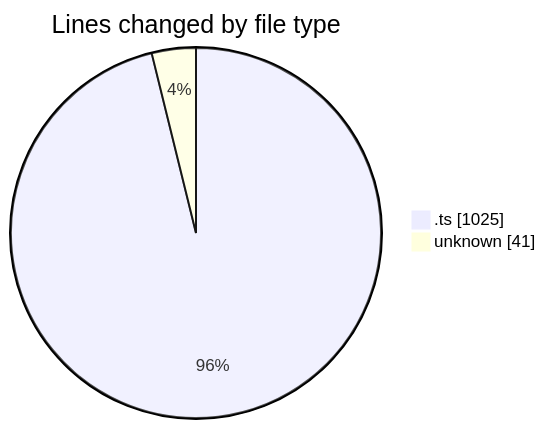
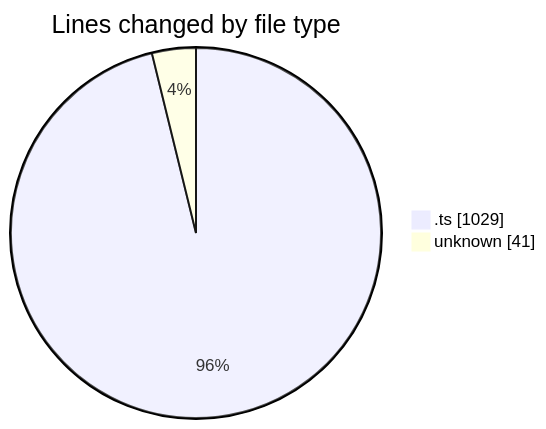
One commit to momahboobian/code-tracking changed the first of 2 diagrams in 2025-08-18/cda/README.md. Above: the diagram before and after it, drawn with Mermaid. The commit also changed other lines of this file and 1 other file, not shown here.

````diff
--- a/2025-08-18/cda/README.md
+++ b/2025-08-18/cda/README.md
@@ -24,6 +24,6 @@
 ```mermaid
 pie showData
 title Lines changed by file type
-".ts" : 1025
+".ts" : 1029
 "unknown" : 41
 ```
````
